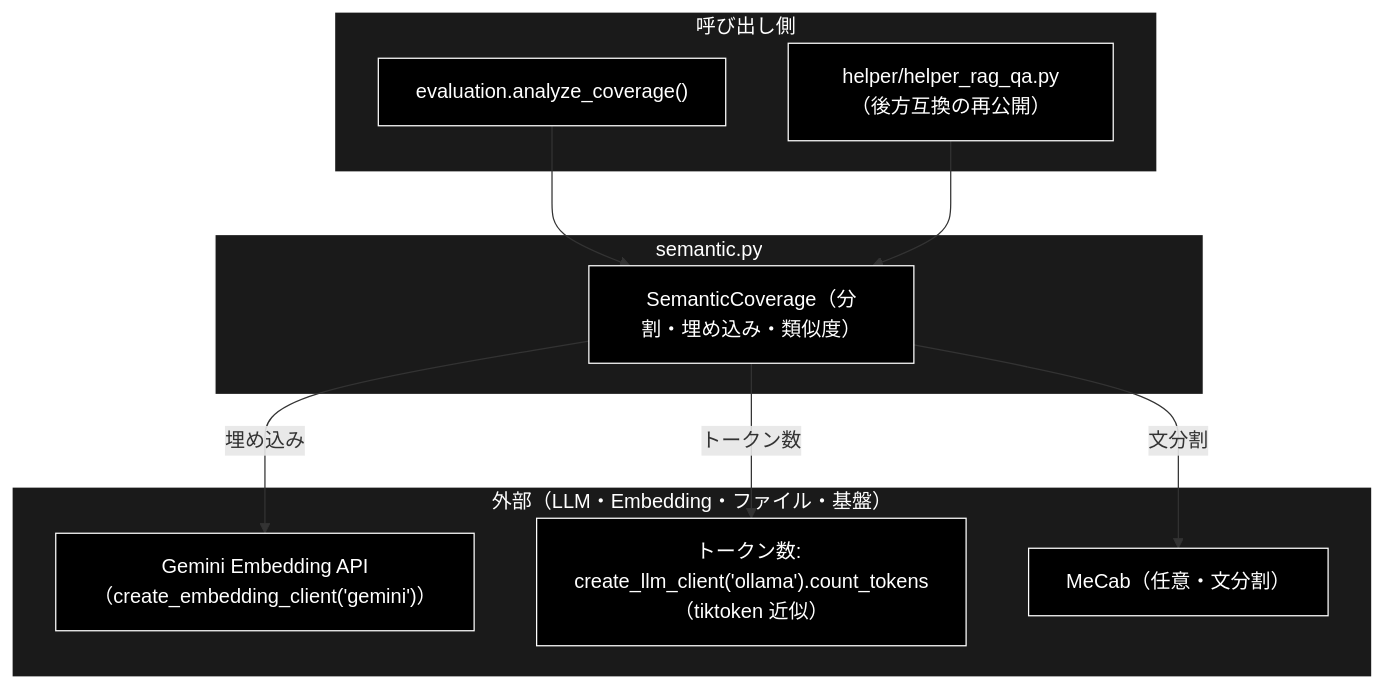
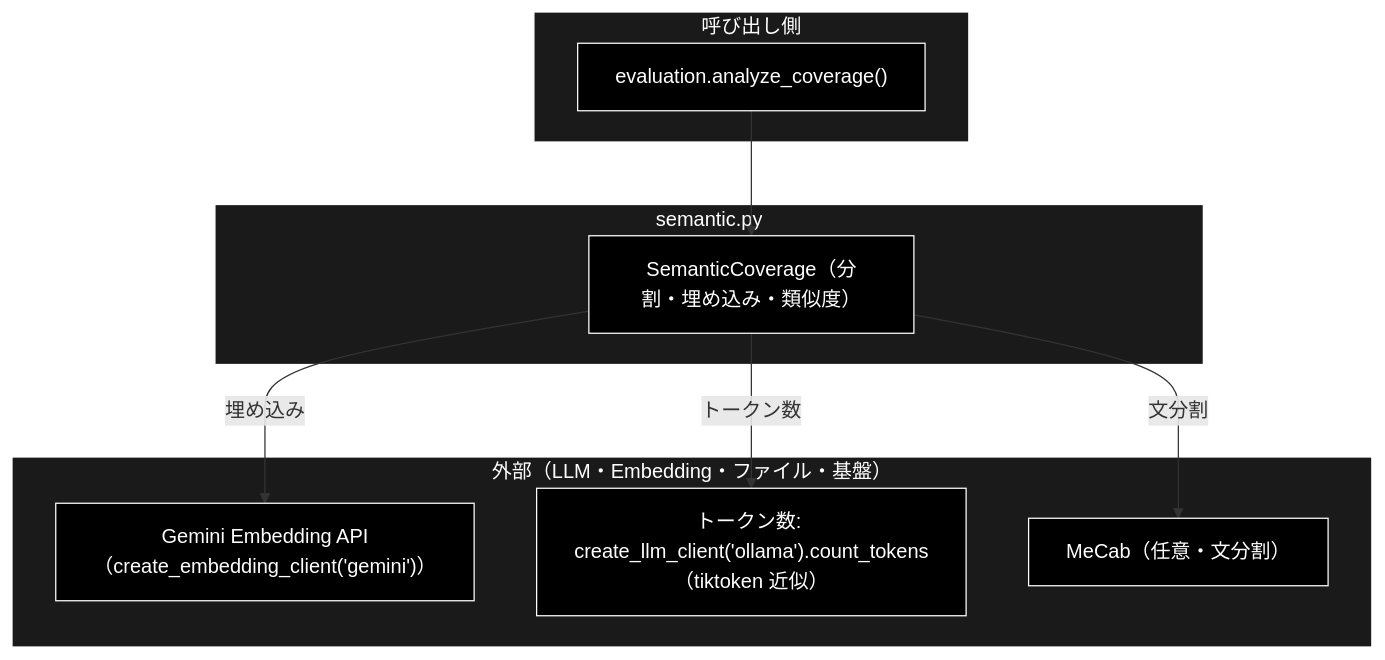
One commit to nakashima2toshio/grace_v2_local changed the first of 10 diagrams in qa_generation/docs/semantic.md. Above: the diagram before and after it, drawn with Mermaid. The commit also changed other lines of this file and 41 other files, not shown here.

````diff
--- a/qa_generation/docs/semantic.md
+++ b/qa_generation/docs/semantic.md
@@ -60,26 +60,24 @@
 ```mermaid
 flowchart TB
     subgraph CALLER["呼び出し側"]
         EV["evaluation.analyze_coverage()"]
-        HR["helper/helper_rag_qa.py（後方互換の再公開）"]
     end
     subgraph TARGET["semantic.py"]
         SC["SemanticCoverage（分割・埋め込み・類似度）"]
     end
     subgraph EXTERNAL["外部（LLM・Embedding・ファイル・基盤）"]
         EMB["Gemini Embedding API（create_embedding_client('gemini')）"]
         TOK["トークン数: create_llm_client('ollama').count_tokens（tiktoken 近似）"]
         MEC["MeCab（任意・文分割）"]
     end
     EV --> SC
-    HR --> SC
     SC -->|"埋め込み"| EMB
     SC -->|"トークン数"| TOK
     SC -->|"文分割"| MEC
 classDef default fill:#000,stroke:#fff,color:#fff
 classDef subgraphStyle fill:#1a1a1a,stroke:#fff,color:#fff
-class EV,HR,SC,EMB,TOK,MEC default
+class EV,SC,EMB,TOK,MEC default
 style CALLER fill:#1a1a1a,stroke:#fff,color:#fff
 style TARGET fill:#1a1a1a,stroke:#fff,color:#fff
 style EXTERNAL fill:#1a1a1a,stroke:#fff,color:#fff
 ```
````
